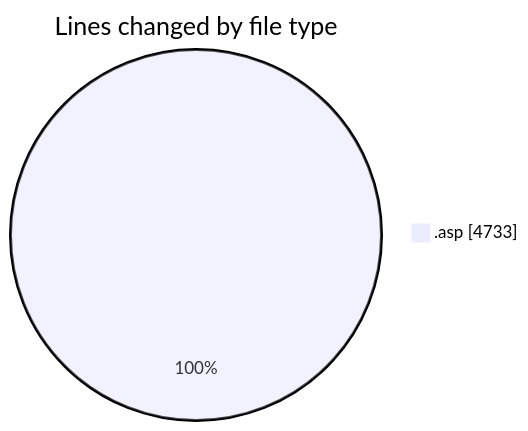
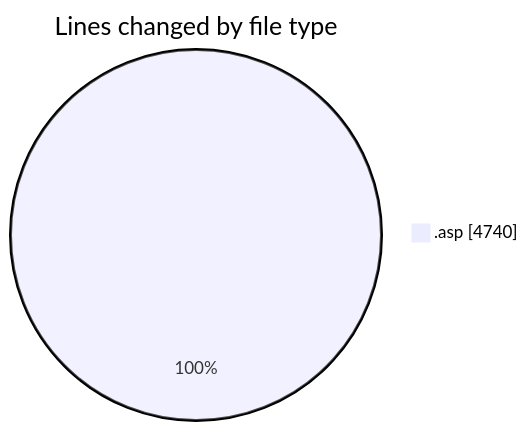
One commit to julien-gomy/code-tracking changed the first of 2 diagrams in 2025-11-15/cdp_aleoudev_fr__workspace_/README.md. Above: the diagram before and after it, drawn with Mermaid. The commit also changed other lines of this file and 1 other file, not shown here.

````diff
--- a/2025-11-15/cdp_aleoudev_fr__workspace_/README.md
+++ b/2025-11-15/cdp_aleoudev_fr__workspace_/README.md
@@ -27,5 +27,5 @@
 ```mermaid
 pie showData
 title Lines changed by file type
-".asp" : 4733
+".asp" : 4740
 ```
````
